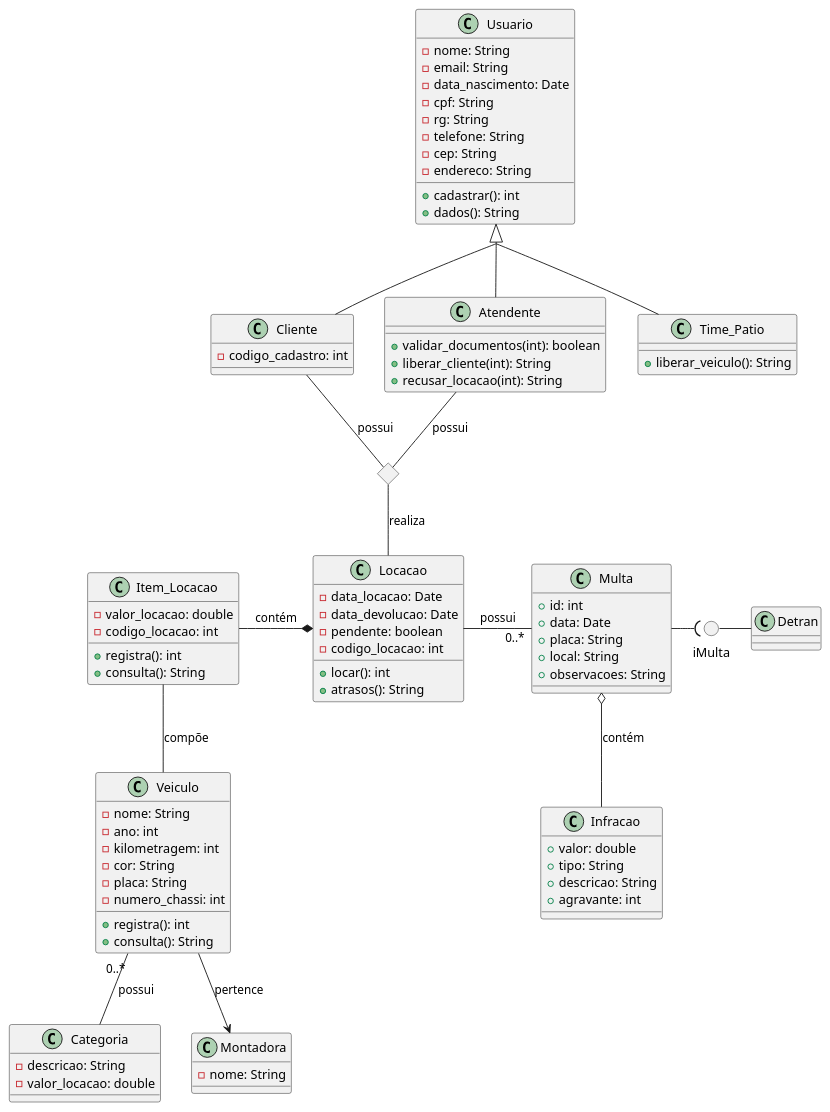
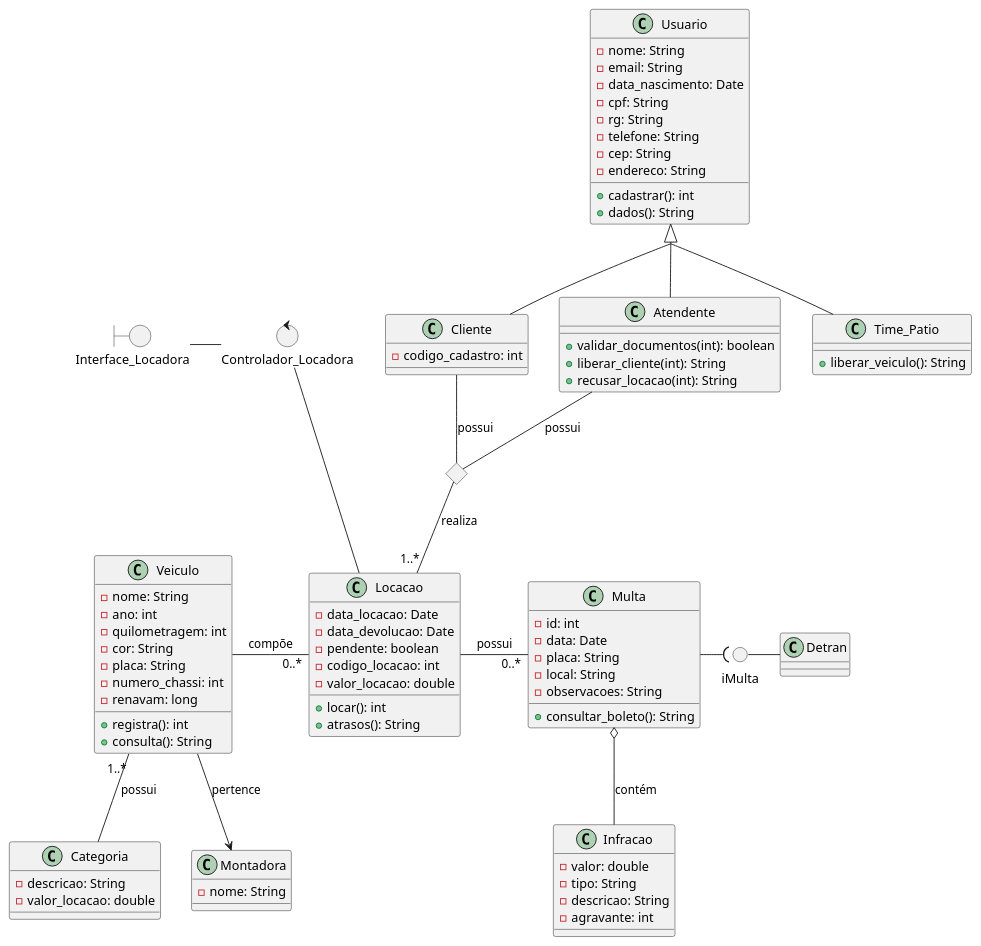
The diagram in Diagrama de Classes/diagrama_classes.puml (ttinonin/locadora-veiculos), drawn with PlantUML before and after one commit. The commit also changed 1 other file, not shown here.

Commit message:
Ajustando diagrama de classes

```diff
--- a/Diagrama de Classes/diagrama_classes.puml
+++ b/Diagrama de Classes/diagrama_classes.puml
@@ -1,115 +1,118 @@
 @startuml
 
 skinparam groupInheritance 2
+allowmixing
+
+boundary Interface_Locadora
+control Controlador_Locadora
+
 
 class Usuario {
 	- nome: String
 	- email: String
 	- data_nascimento: Date
 	- cpf: String
 	- rg: String
 	- telefone: String
 	- cep: String
 	- endereco: String
 
 	+ cadastrar(): int
 	+ dados(): String
 }
 
 class Cliente {
 	- codigo_cadastro: int
 }
 
 class Atendente {
 	+ validar_documentos(int): boolean
 	+ liberar_cliente(int): String
 	+ recusar_locacao(int): String
 }
 
 class Time_Patio {
 	+ liberar_veiculo(): String
 }
 
 Usuario <|-- Cliente
 Usuario <|-- Atendente
 Usuario <|-- Time_Patio
 
 class Detran {}
 
 class Multa {
-	+ id: int
-	+ data: Date
-	+ placa: String
-	+ local: String
-	+ observacoes: String	
+	- id: int
+	- data: Date
+	- placa: String
+	- local: String
+	- observacoes: String	
+
+	+ consultar_boleto(): String
 }
 
 class Infracao {
-	+ valor: double
-	+ tipo: String
-	+ descricao: String
-	+ agravante: int
+	- valor: double
+	- tipo: String
+	- descricao: String
+	- agravante: int
 }
 
 circle iMulta
 
 iMulta -r- Detran
 Multa -( iMulta
 Multa o-- Infracao : contém
 
 class Locacao {
 	- data_locacao: Date
 	- data_devolucao: Date
 	- pendente: boolean
 	- codigo_locacao: int	
+	- valor_locacao: double
 
 	+ locar(): int
 	+ atrasos(): String
 }
 
-class Item_Locacao {
-	- valor_locacao: double
-	- codigo_locacao: int	
-
-	+ registra(): int
-	+ consulta(): String
-}
-
 class Veiculo {
 	- nome: String
 	- ano: int
-	- kilometragem: int
+	- quilometragem: int
 	- cor: String
 	- placa: String
 	- numero_chassi: int
+	- renavam: long
 
 	+ registra(): int
 	+ consulta(): String
 }
 
 class Categoria {
 	- descricao: String
 	- valor_locacao: double
 }
 
 class Montadora {
 	- nome: String
 }
 
-Veiculo "0..*" -- Categoria : possui
+Veiculo "1..*" -- Categoria : possui
 Veiculo  --> Montadora : pertence
+Veiculo -r- "0..*" Locacao : compõe
 
 <> cliente_atendente_diamond
 
 Cliente -- cliente_atendente_diamond : possui
 Atendente -- cliente_atendente_diamond : possui
-cliente_atendente_diamond -- Locacao : realiza
+cliente_atendente_diamond -- "1..*" Locacao : realiza
 
-Locacao *-l- Item_Locacao : contém
 Locacao -- "0..*" Multa : possui
+Locacao -- Controlador_Locadora
+Controlador_Locadora -[hidden]r- Cliente
 
-Item_Locacao -- Veiculo : compõe
+Controlador_Locadora -l- Interface_Locadora
 
 Multa -[hidden]l- Locacao
 
 @enduml
```
